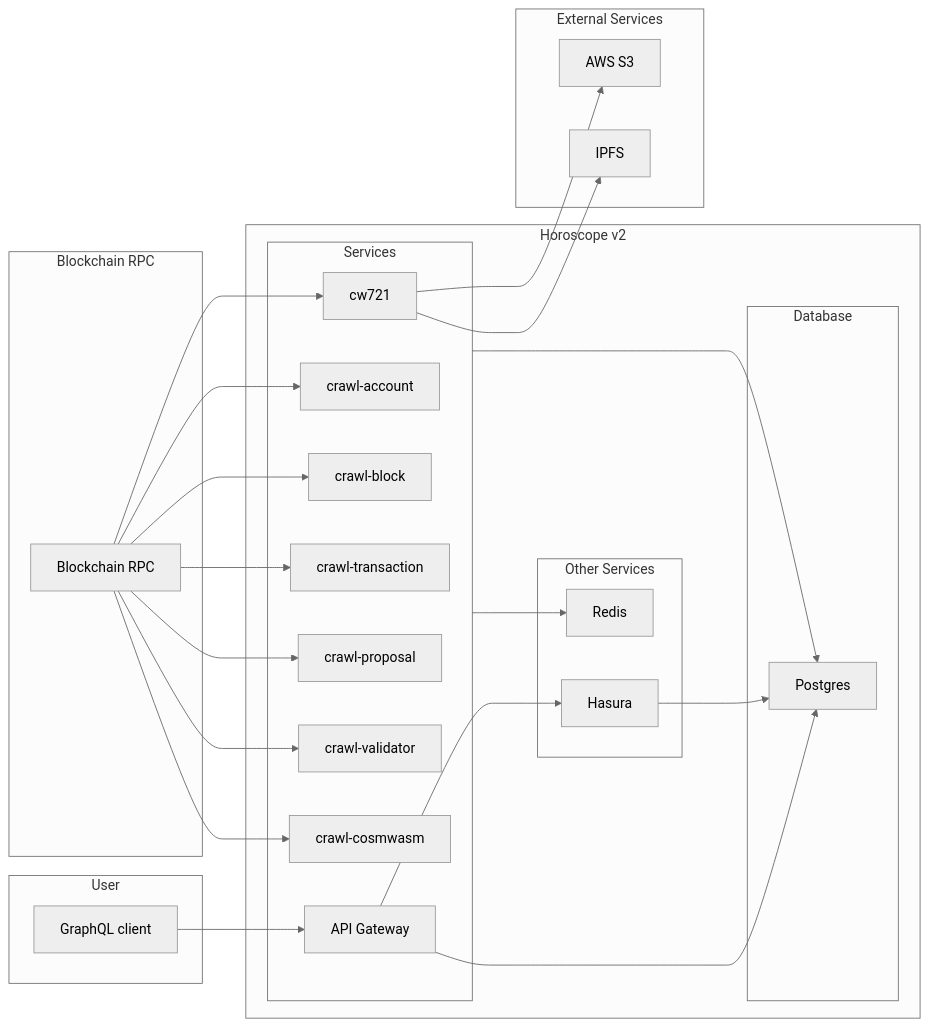
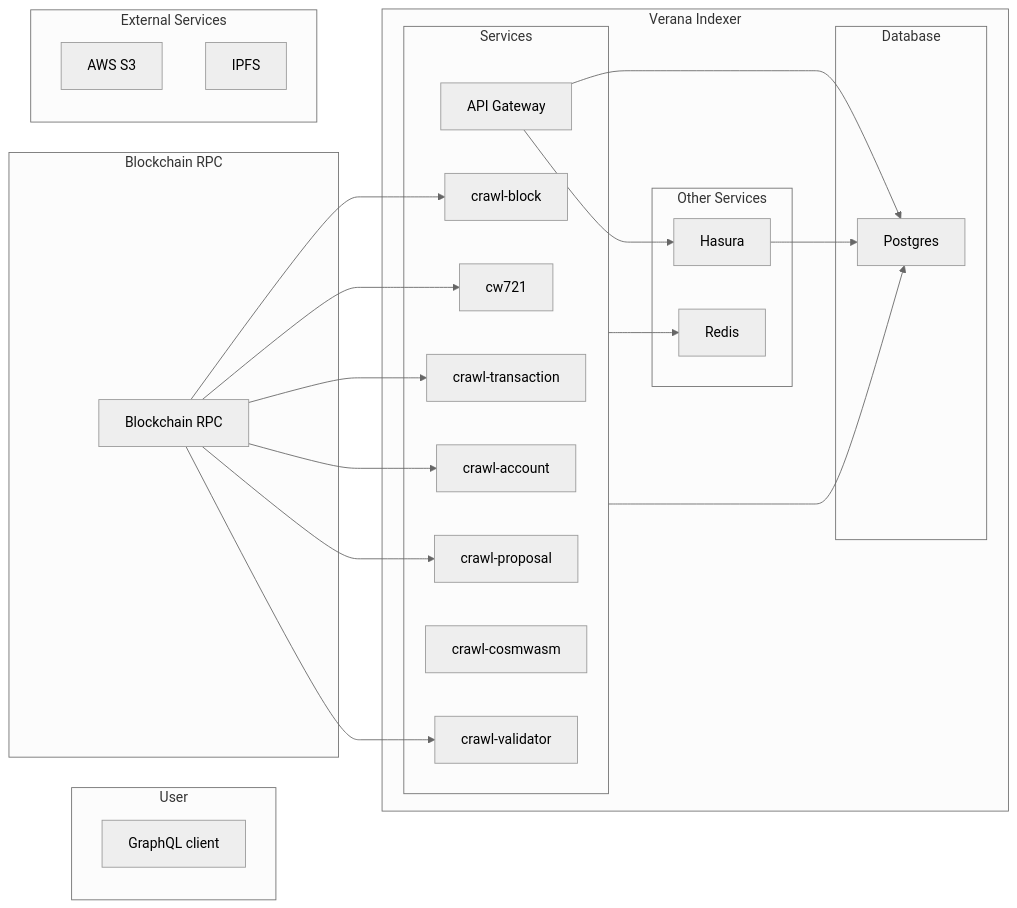
One commit to verana-labs/verana-indexer changed the diagram in README.md. Above: the diagram before and after it, drawn with Mermaid (neutral theme). The commit also changed other lines of this file and 206 other files, not shown here.

````diff
--- a/README.md
+++ b/README.md
@@ -22,58 +28,54 @@
 ```mermaid
 graph LR
 
-subgraph "Horoscope v2"
+subgraph "Verana Indexer"
   subgraph "Services"
     api-gateway["API Gateway"]
     crawl-account["crawl-account"]
     crawl-block["crawl-block"]
     crawl-transaction["crawl-transaction"]
     crawl-proposal["crawl-proposal"]
     crawl-validator["crawl-validator"]
     crawl-cosmwasm["crawl-cosmwasm"]
     cw721["cw721"]
   end
 
   subgraph "Database"
     database["Postgres"]
   end
 
   subgraph "Other Services"
     redis["Redis"]
     hasura["Hasura"]
   end
 
   api-gateway --> database
   api-gateway --> hasura
   hasura --> database
 
   Services --> redis
   Services --> database
 end
 
 subgraph "User"
   user["GraphQL client"]
 end
 
 subgraph "Blockchain RPC"
   blockchain["Blockchain RPC"]
 end
 
 subgraph "External Services"
   s3["AWS S3"]
   ipfs["IPFS"]
 end
 
-user --> api-gateway
 
 blockchain --> crawl-block
 blockchain --> cw721
 blockchain --> crawl-transaction
 blockchain --> crawl-account
 blockchain --> crawl-proposal
 blockchain --> crawl-validator
-blockchain --> crawl-cosmwasm
 
-cw721 --> s3
-cw721 --> ipfs
 ```
````
